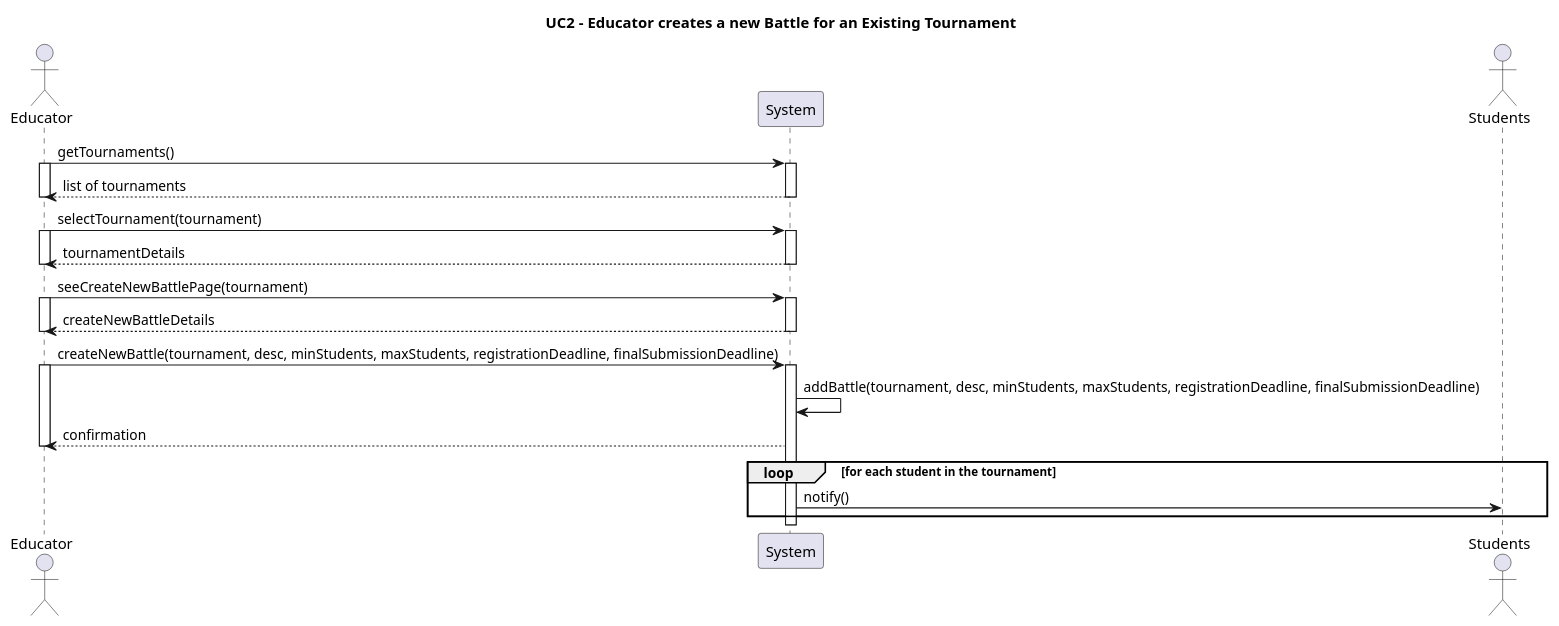
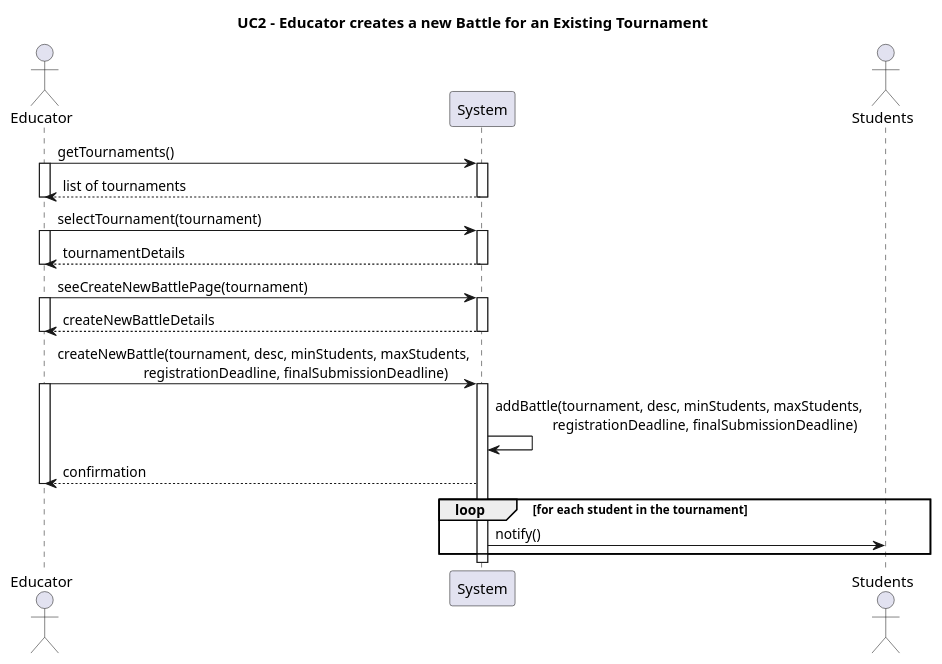
The diagram in rasd/puml/UC2.puml (Furrrlo/CodeKataBattle), drawn with PlantUML before and after one commit.

Commit message:
Try to make UC2 readable

```diff
--- a/rasd/puml/UC2.puml
+++ b/rasd/puml/UC2.puml
@@ -1,44 +1,44 @@
 @startuml UC2
 title UC2 - Educator creates a new Battle for an Existing Tournament    
 
 actor Educator
 
 participant System
 actor Students
 
 Educator -> System ++: getTournaments()
 activate Educator
 System --> Educator--: list of tournaments
 deactivate Educator
 
 Educator -> System ++: selectTournament(tournament)
 activate Educator
 System --> Educator--: tournamentDetails
 deactivate Educator
 
 Educator -> System ++: seeCreateNewBattlePage(tournament)
 activate Educator
 System --> Educator--: createNewBattleDetails
 deactivate Educator
 
-Educator -> System ++: createNewBattle(tournament, desc, minStudents, maxStudents, registrationDeadline, finalSubmissionDeadline)
+Educator -> System ++: createNewBattle(tournament, desc, minStudents, maxStudents,\n\t\t\tregistrationDeadline, finalSubmissionDeadline)
 activate Educator
 
-System -> System: addBattle(tournament, desc, minStudents, maxStudents, registrationDeadline, finalSubmissionDeadline)
+System -> System: addBattle(tournament, desc, minStudents, maxStudents,\n\t\tregistrationDeadline, finalSubmissionDeadline)
 
 System --> Educator: confirmation
 deactivate Educator
 
 loop for each student in the tournament
     System -> Students : notify()
 
 end
 
 
 
 
 
 
 
 
 @enduml
```
